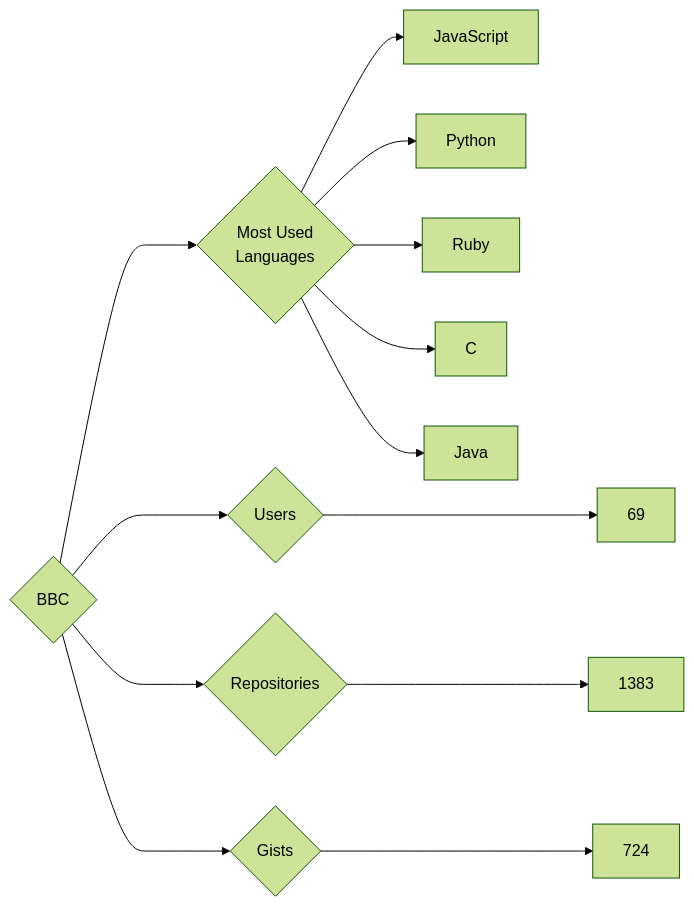
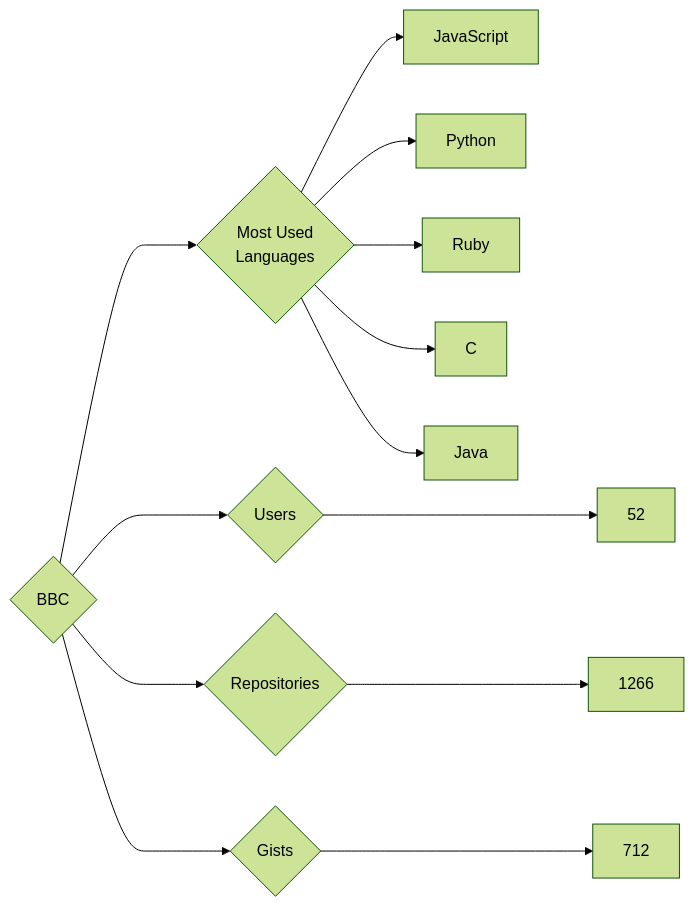
Before and after one commit to trickest/insiders: the diagram in targets/BBC/README.md, drawn with Mermaid (forest theme). The commit also changed 837 other files, not shown here.

````diff
--- a/targets/BBC/README.md
+++ b/targets/BBC/README.md
@@ -3,13 +3,13 @@
 ```mermaid
 graph LR
 COMPANY_NAME{BBC}
-COMPANY_NAME ---> U{Users} ---> UN[69]
-COMPANY_NAME ---> R{Repositories} ---> RN[1383]
-COMPANY_NAME ---> G{Gists} ---> GN[724]
+COMPANY_NAME ---> U{Users} ---> UN[52]
+COMPANY_NAME ---> R{Repositories} ---> RN[1266]
+COMPANY_NAME ---> G{Gists} ---> GN[712]
 COMPANY_NAME ---> ML{Most Used<br>Languages}
 ML --> JavaScript[JavaScript]
 ML --> Python[Python]
 ML --> Ruby[Ruby]
 ML --> C[C]
 ML --> Java[Java]
 ```
````
